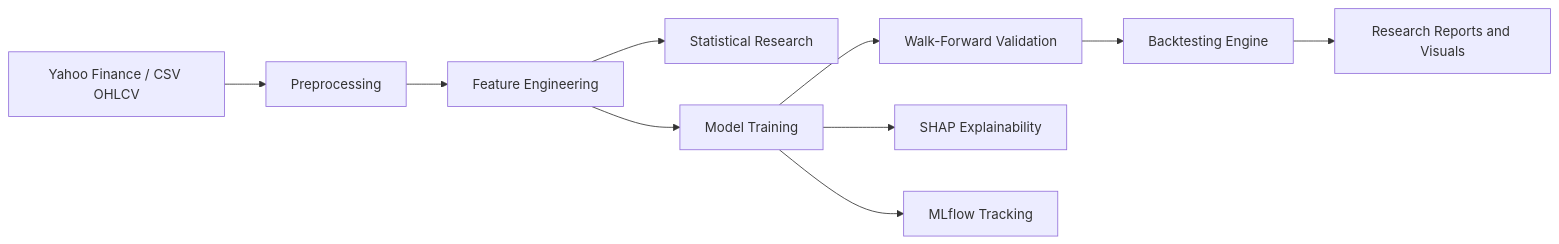
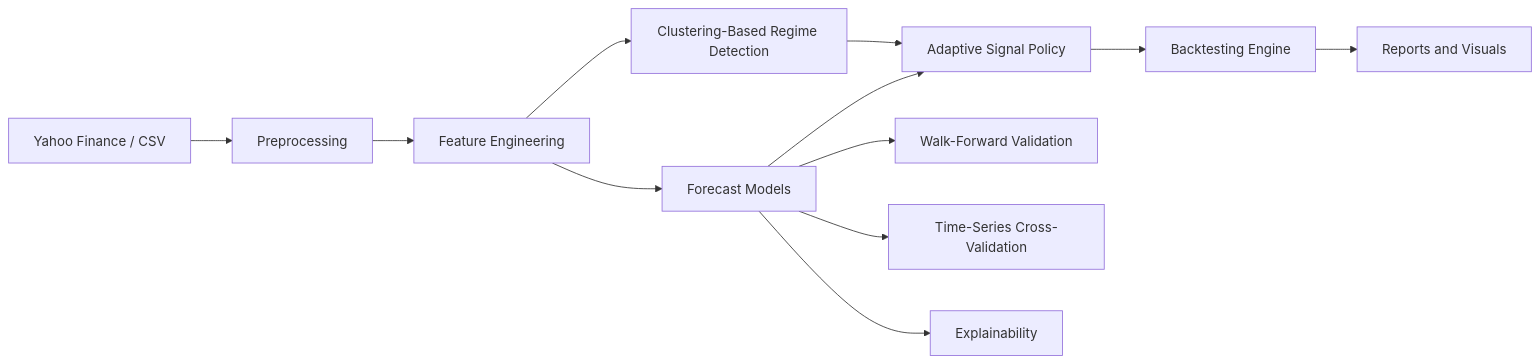
The diagram in README.md (roshan1430/QuantResearchSystem), drawn with Mermaid before and after one commit. The commit also changed other lines of this file and 41 other files, not shown here.

Commit message:
Upgrade regime research workflow and reports

````diff
--- a/README.md
+++ b/README.md
@@ -73,12 +43,14 @@
 ```mermaid
 flowchart LR
-    A[Yahoo Finance / CSV OHLCV] --> B[Preprocessing]
+    A[Yahoo Finance / CSV] --> B[Preprocessing]
     B --> C[Feature Engineering]
-    C --> D[Statistical Research]
-    C --> E[Model Training]
-    E --> F[Walk-Forward Validation]
-    F --> G[Backtesting Engine]
-    E --> H[SHAP Explainability]
-    E --> I[MLflow Tracking]
-    G --> J[Research Reports and Visuals]
+    C --> D[Clustering-Based Regime Detection]
+    C --> E[Forecast Models]
+    D --> F[Adaptive Signal Policy]
+    E --> F
+    E --> G[Walk-Forward Validation]
+    E --> H[Time-Series Cross-Validation]
+    F --> I[Backtesting Engine]
+    E --> J[Explainability]
+    I --> K[Reports and Visuals]
 ```
````
